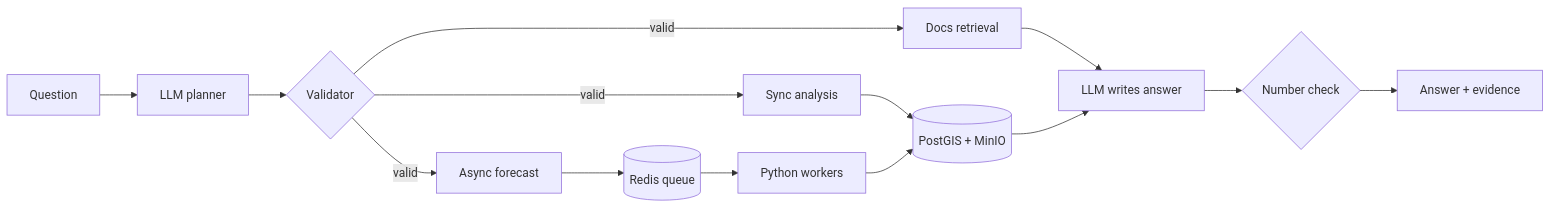
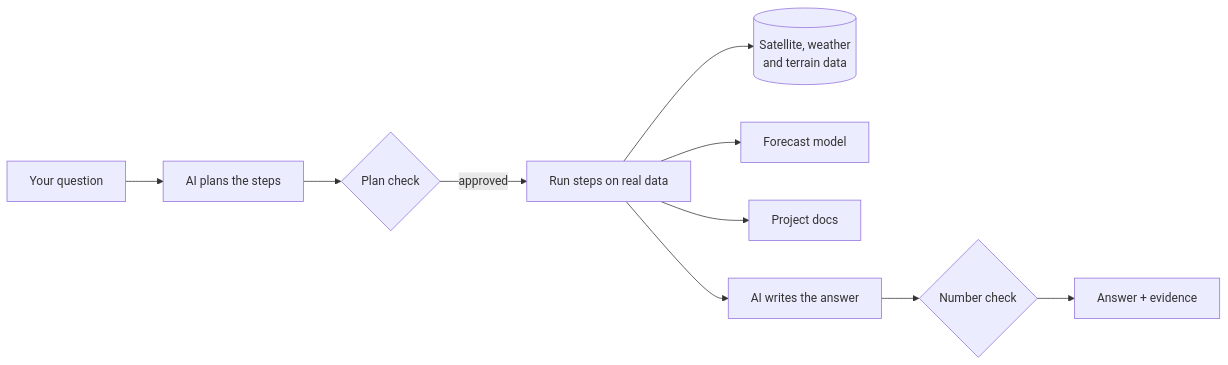
One commit to khoahonguyen0210/Earth_intelligence changed the diagram in README.md. Above: the diagram before and after it, drawn with Mermaid. The commit also changed other lines of this file, not shown here.

````diff
--- a/README.md
+++ b/README.md
@@ -58,15 +54,10 @@
 ```mermaid
 flowchart LR
-    Q[Question] --> P[LLM planner]
-    P --> V{Validator}
-    V -->|valid| S[Sync analysis]
-    V -->|valid| F[Async forecast]
-    F --> R[(Redis queue)] --> W[Python workers]
-    V -->|valid| K[Docs retrieval]
-    S --> D[(PostGIS + MinIO)]
-    W --> D
-    K --> L
-    D --> L[LLM writes answer]
-    L --> C{Number check}
-    C --> A[Answer + evidence]
+    Q[Your question] --> P[AI plans the steps] --> V{Plan check}
+    V -->|approved| S[Run steps on real data]
+    S --> D[(Satellite, weather<br/>and terrain data)]
+    S --> F[Forecast model]
+    S --> R[Project docs]
+    S --> A[AI writes the answer]
+    A --> C{Number check} --> O[Answer + evidence]
 ```
````
